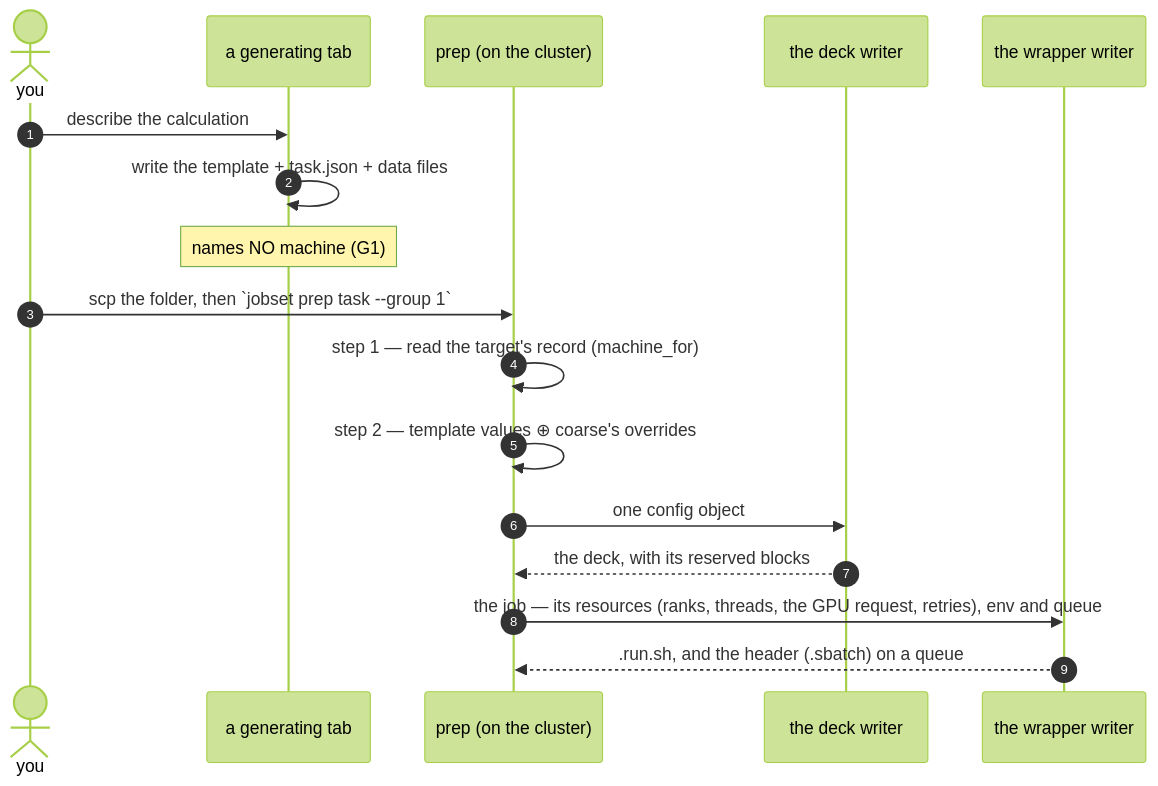
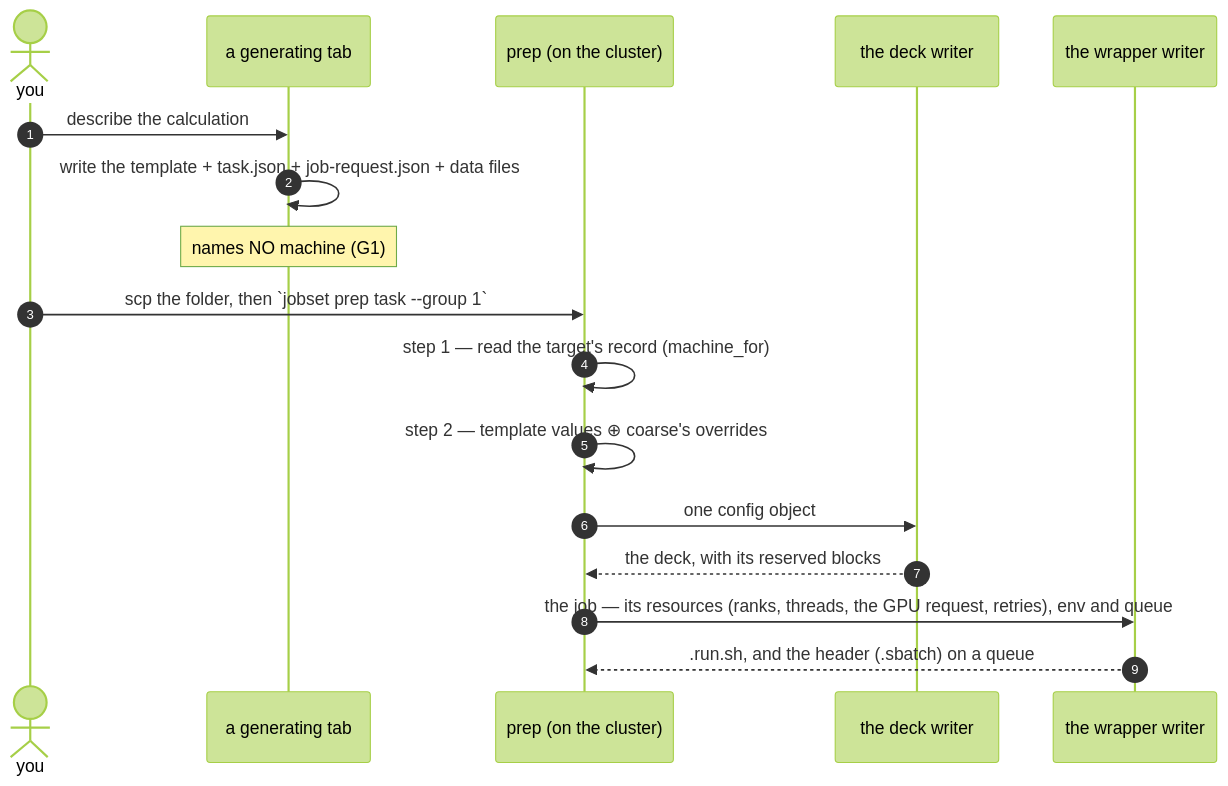
The eighth of 8 diagrams in docs/engines/template.md (Qing-LAB/molbuilder), drawn with Mermaid (forest theme) before and after one commit. The commit also changed other lines of this file and 196 other files, not shown here.

````diff
--- a/docs/engines/template.md
+++ b/docs/engines/template.md
@@ -2713,20 +2718,20 @@
 ```mermaid
 sequenceDiagram
     autonumber
     actor U as you
     participant B as a generating tab
     participant P as prep (on the cluster)
     participant D as the deck writer
     participant W as the wrapper writer
 
     U->>B: describe the calculation
-    B->>B: write the template + task.json + data files
+    B->>B: write the template + task.json + job-request.json + data files
     Note over B: names NO machine (G1)
     U->>P: scp the folder, then `jobset prep task --group 1`
     P->>P: step 1 — read the target's record (machine_for)
     P->>P: step 2 — template values ⊕ coarse's overrides
     P->>D: one config object
     D-->>P: the deck, with its reserved blocks
     P->>W: the job — its resources (ranks, threads, the GPU request, retries), env and queue
     W-->>P: .run.sh, and the header (.sbatch) on a queue
 ```
````
